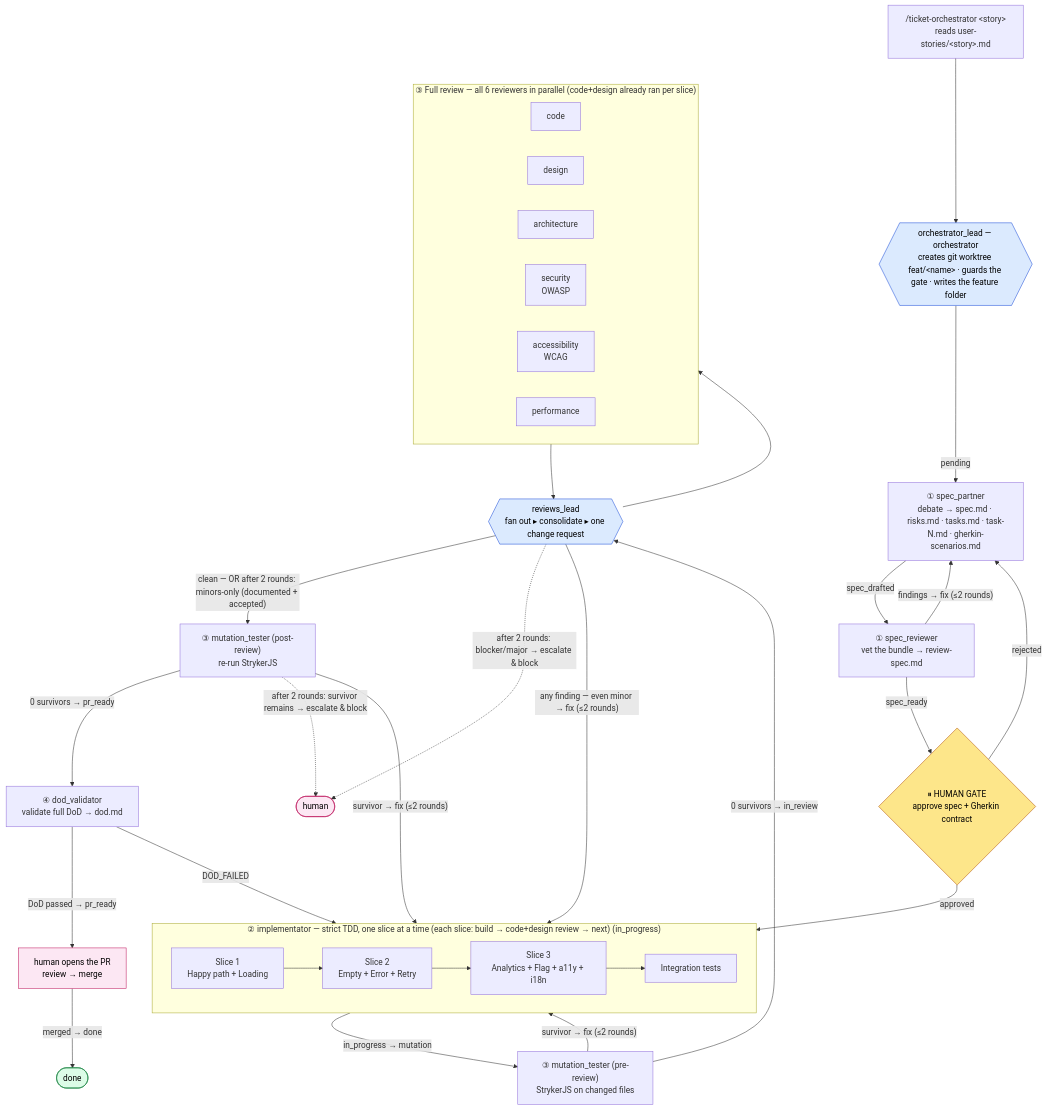
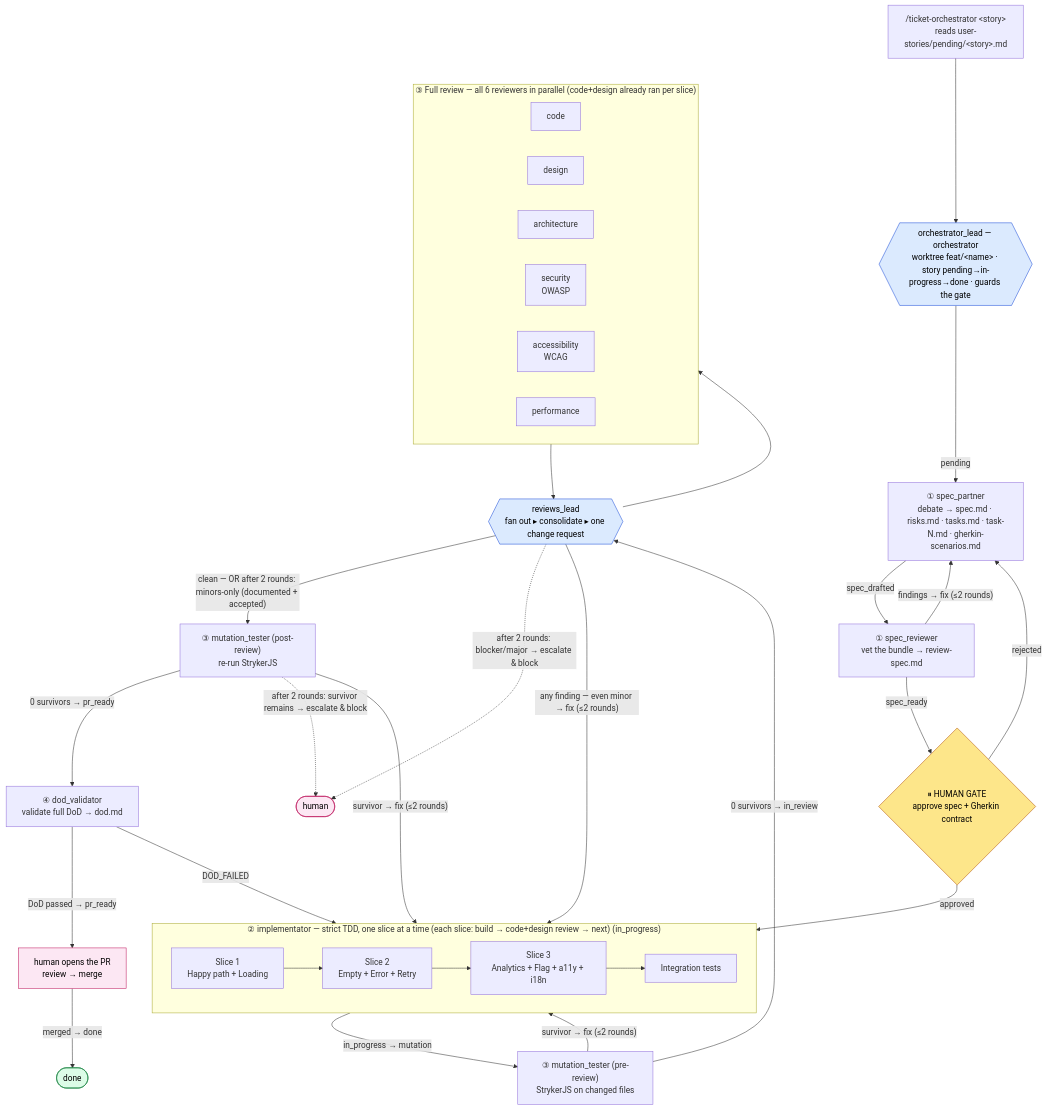
The diagram in ORCHESTRATOR_PLAN.md (LIDR-academy/AI4Devs-finalproject), drawn with Mermaid before and after one commit. The commit also changed other lines of this file and 23 other files, not shown here.

````diff
--- a/ORCHESTRATOR_PLAN.md
+++ b/ORCHESTRATOR_PLAN.md
@@ -163,52 +165,52 @@
 ```mermaid
 flowchart TD
-    CLI["/ticket-orchestrator &lt;story&gt;<br/>reads user-stories/&lt;story&gt;.md"] --> LEAD{{"orchestrator_lead — orchestrator<br/>creates git worktree feat/&lt;name&gt; · guards the gate · writes the feature folder"}}
+    CLI["/ticket-orchestrator &lt;story&gt;<br/>reads user-stories/pending/&lt;story&gt;.md"] --> LEAD{{"orchestrator_lead — orchestrator<br/>worktree feat/&lt;name&gt; · story pending→in-progress→done · guards the gate"}}
 
     LEAD -->|pending| P1["① spec_partner<br/>debate → spec.md · risks.md · tasks.md · task-N.md · gherkin-scenarios.md"]
     P1 -->|spec_drafted| SR["① spec_reviewer<br/>vet the bundle → review-spec.md"]
     SR -->|"findings → fix (≤2 rounds)"| P1
     SR -->|spec_ready| GATE{"⏸ HUMAN GATE<br/>approve spec + Gherkin contract"}
     GATE -->|rejected| P1
 
     GATE -->|"approved"| P3G
     subgraph P3G["② implementator — strict TDD, one slice at a time (each slice: build → code+design review → next) (in_progress)"]
         direction LR
         S1["Slice 1<br/>Happy path + Loading"] --> S2["Slice 2<br/>Empty + Error + Retry"] --> S3["Slice 3<br/>Analytics + Flag + a11y + i18n"] --> INT["Integration tests"]
     end
 
     P3G -->|"in_progress → mutation"| MUTPRE["③ mutation_tester (pre-review)<br/>StrykerJS on changed files"]
     MUTPRE -->|"survivor → fix (≤2 rounds)"| P3G
     MUTPRE -->|"0 survivors → in_review"| RL
 
     subgraph RV["③ Full review — all 6 reviewers in parallel (code+design already ran per slice)"]
         direction LR
         R1["code"]
         R2["design"]
         R3["architecture"]
         R4["security<br/>OWASP"]
         R5["accessibility<br/>WCAG"]
         R6["performance"]
     end
     RL{{"reviews_lead<br/>fan out ▸ consolidate ▸ one change request"}}
     RL --> RV
     RV --> RL
 
     RL -->|"any finding — even minor → fix (≤2 rounds)"| P3G
     RL -->|"clean — OR after 2 rounds: minors-only (documented + accepted)"| MUTPOST["③ mutation_tester (post-review)<br/>re-run StrykerJS"]
     RL -.->|"after 2 rounds: blocker/major → escalate & block"| ESC(["human"])
     MUTPOST -->|"survivor → fix (≤2 rounds)"| P3G
     MUTPOST -->|"0 survivors → pr_ready"| DV["④ dod_validator<br/>validate full DoD → dod.md"]
     MUTPOST -.->|"after 2 rounds: survivor remains → escalate & block"| ESC
     DV -->|DOD_FAILED| P3G
     DV -->|"DoD passed → pr_ready"| HPR["human opens the PR<br/>review → merge"]
     HPR -->|merged → done| DONE(["done"])
 
     classDef gate fill:#fde68a,stroke:#b45309,color:#000;
     classDef lead fill:#dbeafe,stroke:#1d4ed8,color:#000;
     classDef terminal fill:#dcfce7,stroke:#15803d,color:#000;
     classDef human fill:#fce7f3,stroke:#be185d,color:#000;
     class GATE gate;
     class LEAD,RL lead;
     class HPR,ESC human;
     class DONE terminal;
 ```
````
